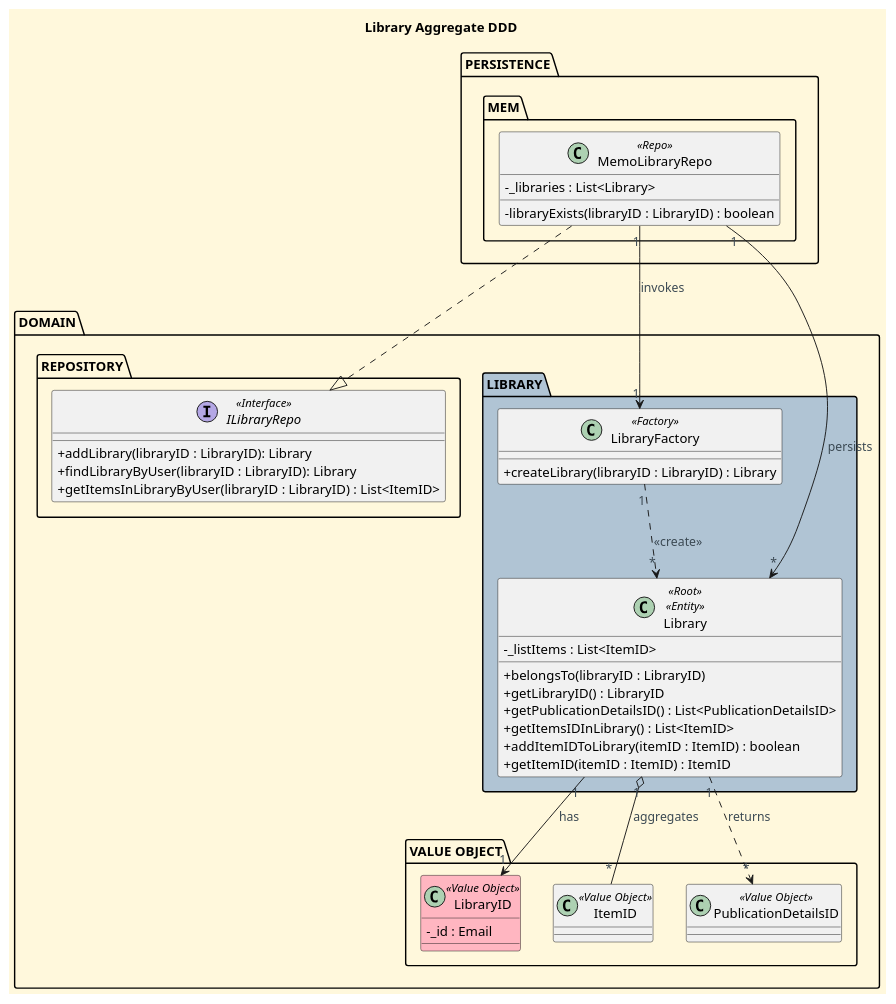
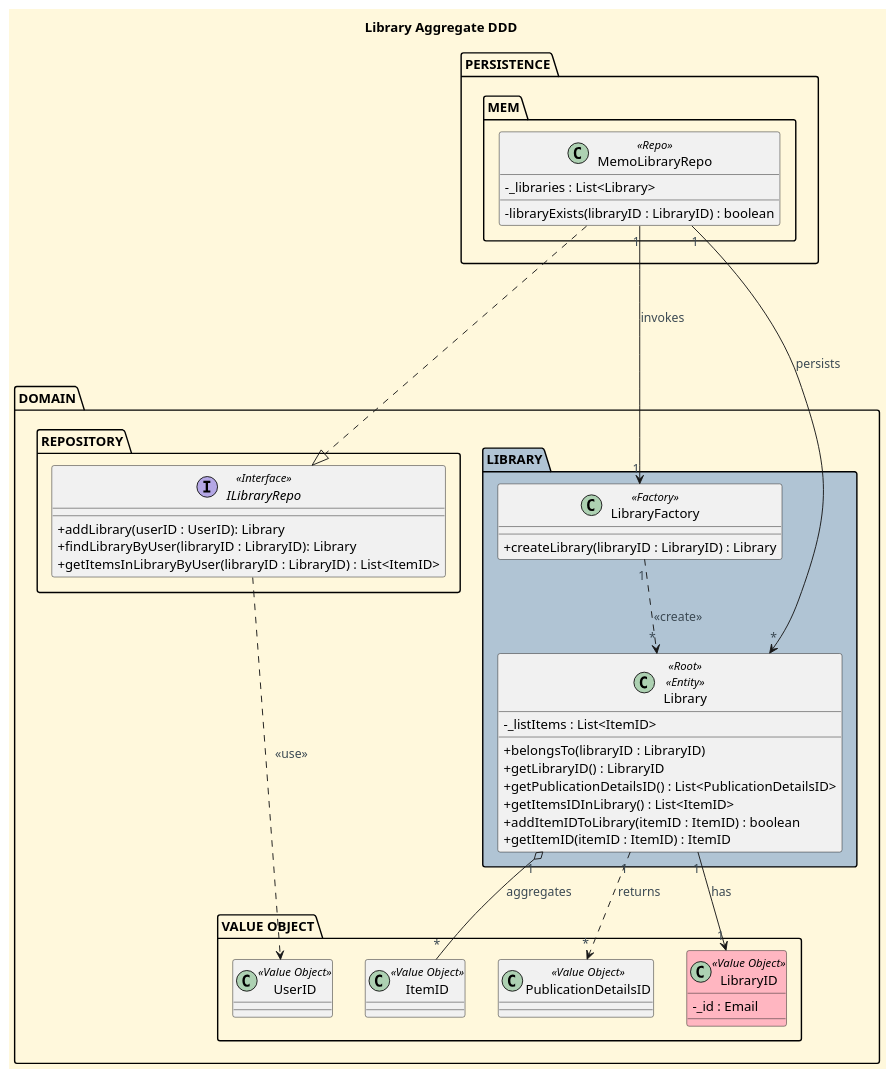
Before and after one commit to CarolinaLeite-collab/JavaMarketplacePlatform: the diagram in docs/aggregatesDiagrams/Library.puml, drawn with PlantUML. The commit also changed 1 other file, not shown here.

Commit message:
docs: Library aggregate - fixed method arguments, added new value object, refs #462

```diff
--- a/docs/aggregatesDiagrams/Library.puml
+++ b/docs/aggregatesDiagrams/Library.puml
@@ -1,91 +1,94 @@
 @startuml
 'https://plantuml.com/class-diagram
 title Library Aggregate DDD
 
 '==== basic style ====
 skinparam monochrome false
 skinparam shadowing false
 skinparam defaultFontName Futura
 skinparam objectFontSize 20
 skinparam backgroundColor CornSilk
 skinparam objectBackgroundColor WhiteSmoke
 skinparam noteBackgroundColor #FFFFE0
 skinparam ArrowFontColor #3B4953
 skinparam ActivationBackgroundColor black
 skinparam classAttributeIconSize 0
 
 top to bottom direction
 
 package "PERSISTENCE" {
 
     package "MEM" {
 
         class MemoLibraryRepo <<Repo>> {
 
         - _libraries : List<Library>
         - libraryExists(libraryID : LibraryID) : boolean
         }
 
     }
 }
 
 package "DOMAIN" {
 
 package "REPOSITORY" {
 
     interface ILibraryRepo <<Interface>> {
-    + addLibrary(libraryID : LibraryID): Library
+    + addLibrary(userID : UserID): Library
     + findLibraryByUser(libraryID : LibraryID): Library
     + getItemsInLibraryByUser(libraryID : LibraryID) : List<ItemID>
     }
 
 }
 
 package "VALUE OBJECT" {
 
     class LibraryID <<Value Object>> #LightPink {
     - _id : Email
     }
     class ItemID <<Value Object>> {}
     class PublicationDetailsID <<Value Object>> {}
+    class UserID <<Value Object>>
 
 }
 
 package "LIBRARY" #b0c4d4 {
 
     class Library <<Root>> <<Entity>> {
       - _listItems : List<ItemID>
       + belongsTo(libraryID : LibraryID)
       + getLibraryID() : LibraryID
       + getPublicationDetailsID() : List<PublicationDetailsID>
       + getItemsIDInLibrary() : List<ItemID>
       + addItemIDToLibrary(itemID : ItemID) : boolean
       + getItemID(itemID : ItemID) : ItemID
     }
 
     class LibraryFactory <<Factory>> {
     + createLibrary(libraryID : LibraryID) : Library
     }
 
 }
 
 }
 
 
 
 
-MemoLibraryRepo ..|> ILibraryRepo
+MemoLibraryRepo ...|> ILibraryRepo
 MemoLibraryRepo "1" --> "1" LibraryFactory : invokes
 
 MemoLibraryRepo "1" --> "*" Library : persists
 
 Library "1" --> "1" LibraryID: has
 Library "1" o-- "*" ItemID: aggregates
 Library "1" ..> "*" PublicationDetailsID: returns
 
 LibraryFactory "1" ..> "*" Library: <<create>>
 
+ILibraryRepo ...> UserID : <<use>>
+
 'ILibraryRepo "1" ..> "*" Library: manages
 'ILibraryRepo "1" ..> "*" LibraryID: uses
 
 @enduml
```
